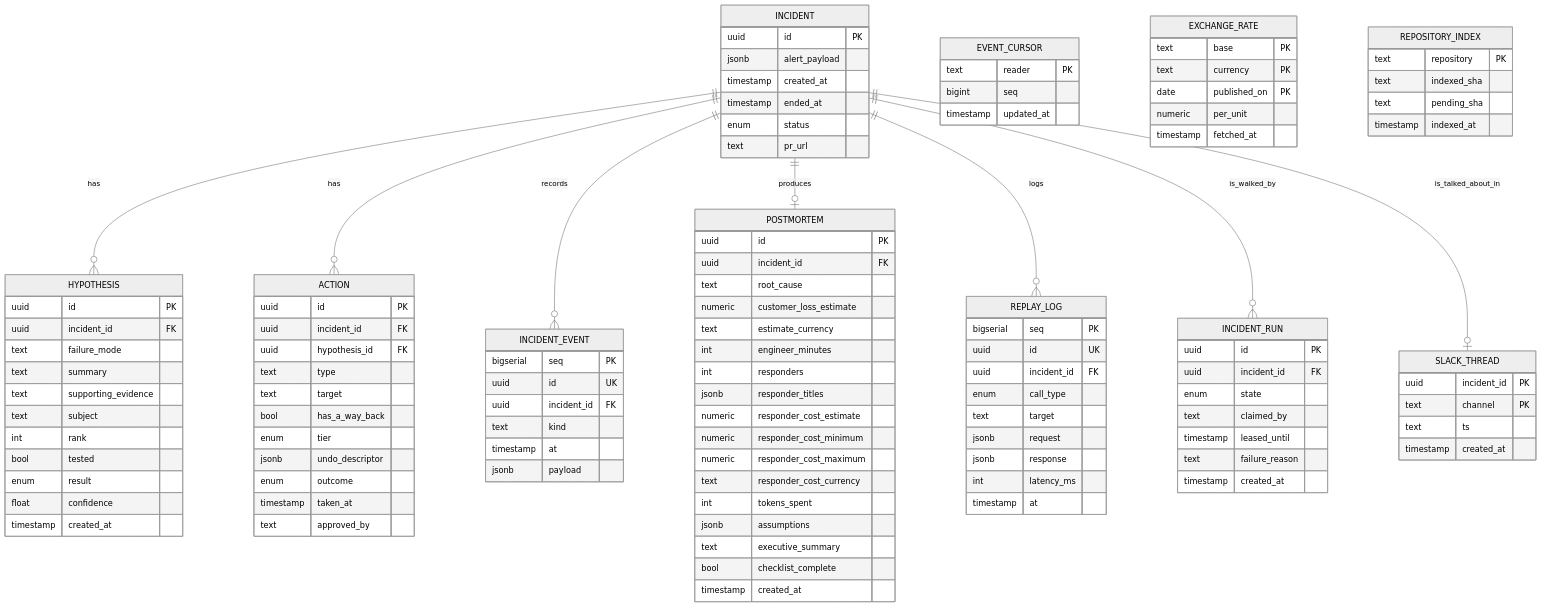
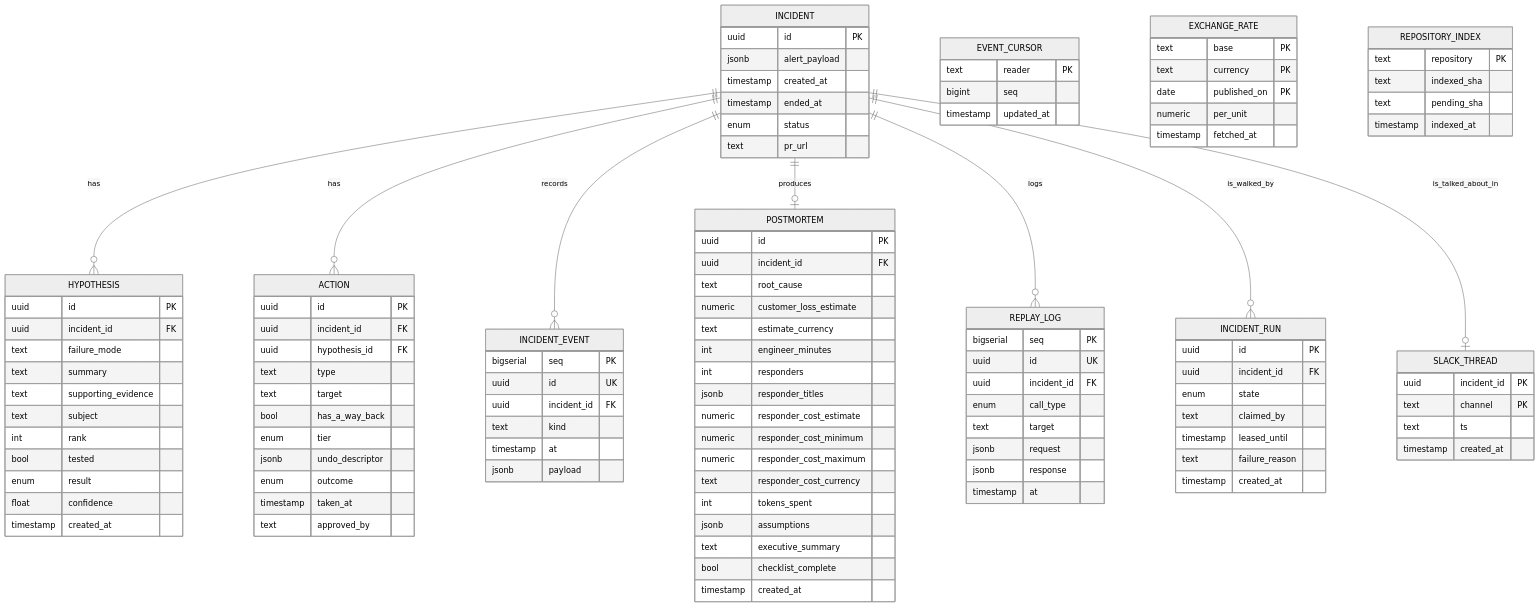
The fourth of 6 diagrams in docs/spec-and-architecture.md (ohadraz/Argus), drawn with Mermaid (neutral theme) before and after one commit. The commit also changed other lines of this file and 63 other files, not shown here.

```diff
--- a/docs/spec-and-architecture.md
+++ b/docs/spec-and-architecture.md
@@ -488,7 +488,6 @@
         text target
         jsonb request
         jsonb response
-        int latency_ms
         timestamp at
     }
     EXCHANGE_RATE {
```
